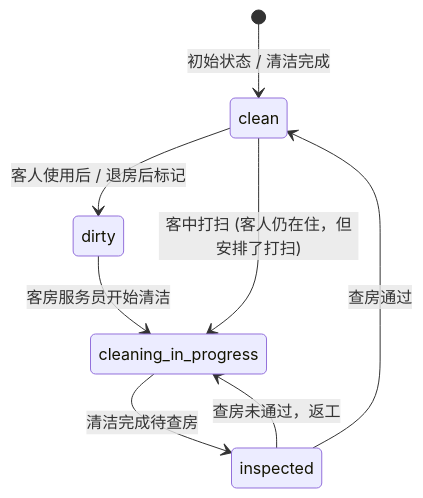
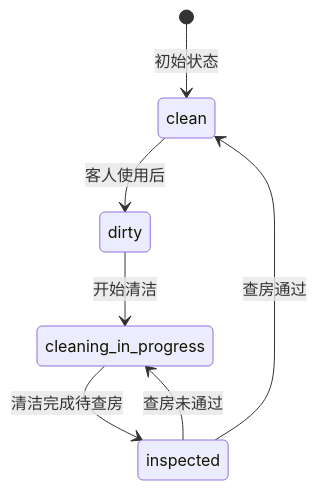
One commit to dromara/RuoYi-Vue-Plus changed the fourth of 5 diagrams in docs/basic/PMS数据模型.md. Above: the diagram before and after it, drawn with Mermaid. The commit also changed other lines of this file and 163 other files, not shown here.

````diff
--- a/docs/basic/PMS数据模型.md
+++ b/docs/basic/PMS数据模型.md
@@ -675,10 +820,9 @@
 ```mermaid
 stateDiagram-v2
-    [*] --> clean: 初始状态 / 清洁完成
-    clean --> dirty: 客人使用后 / 退房后标记
-    dirty --> cleaning_in_progress: 客房服务员开始清洁
+    [*] --> clean: 初始状态
+    clean --> dirty: 客人使用后
+    dirty --> cleaning_in_progress: 开始清洁
     cleaning_in_progress --> inspected: 清洁完成待查房
     inspected --> clean: 查房通过
-    inspected --> cleaning_in_progress: 查房未通过，返工
-    clean --> cleaning_in_progress: 客中打扫 (客人仍在住，但安排了打扫)
+    inspected --> cleaning_in_progress: 查房未通过
 ```
````
